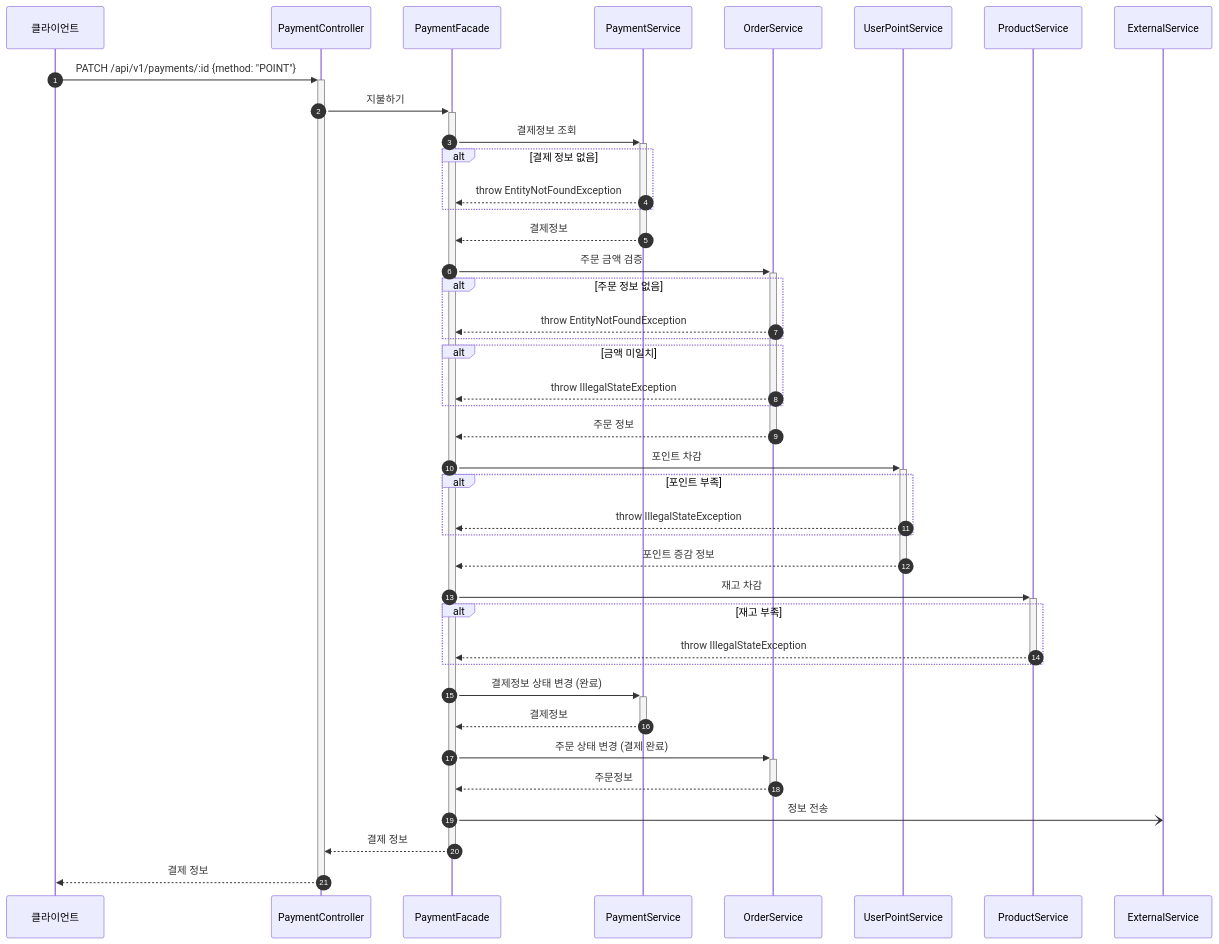
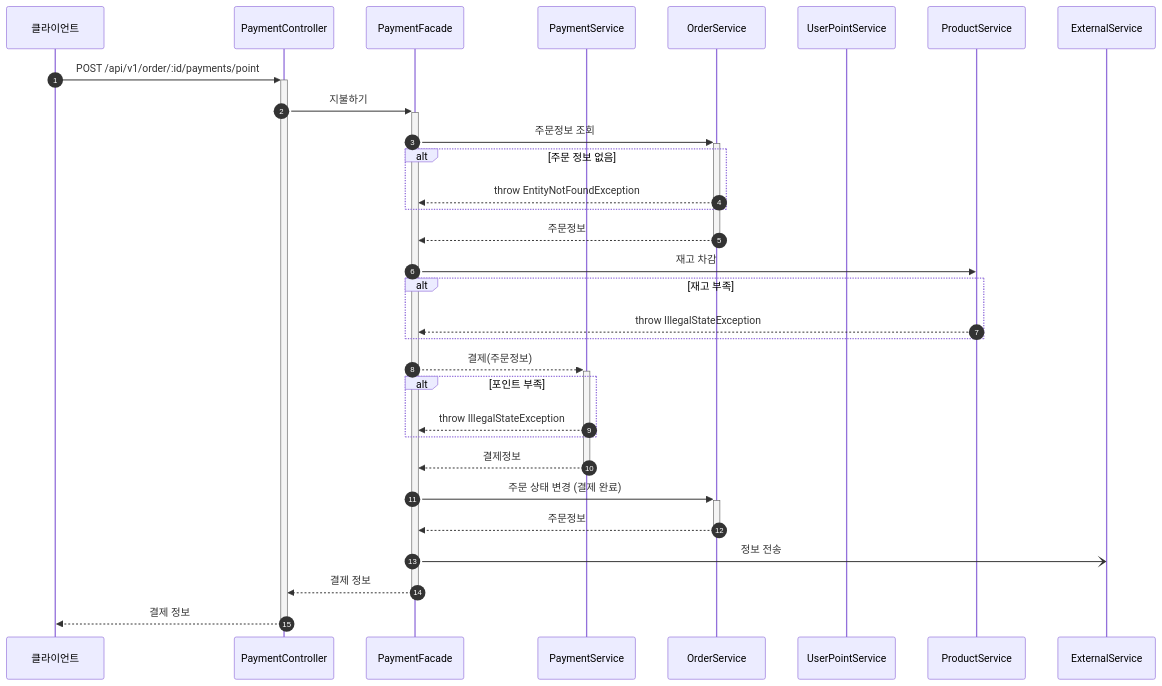
Diagram 13 of 13 in docs/02-sequence-diagrams.md (jsween5723/loopers-spring-kotlin-template), drawn with Mermaid before and after one commit.

Commit message:
docs(payment): 시퀀스 수정

````diff
--- a/docs/02-sequence-diagrams.md
+++ b/docs/02-sequence-diagrams.md
@@ -253,43 +253,35 @@
 ```mermaid
 sequenceDiagram
     autonumber
     participant C as 클라이언트
     participant PC as PaymentController
     participant PF as PaymentFacade
     participant PQS as PaymentService
     participant OCS as OrderService
     participant UPCS as UserPointService
     participant PRCS as ProductService
     participant ES as ExternalService
-    C ->>+ PC: PATCH /api/v1/payments/:id  {method: "POINT"}
+    C ->>+ PC: POST /api/v1/order/:id/payments/point
     PC ->>+ PF: 지불하기
-    PF ->>+ PQS: 결제정보 조회
-    alt 결제 정보 없음 
-        PQS -->> PF: throw EntityNotFoundException
-    end
-    PQS -->>- PF: 결제정보
-    PF ->>+ OCS: 주문 금액 검증
-    alt 주문 정보 없음 
+    
+    PF ->>+ OCS: 주문정보 조회
+    alt 주문 정보 없음
         OCS -->> PF: throw EntityNotFoundException
     end
-    alt 금액 미일치 
-        OCS -->> PF: throw IllegalStateException
+    OCS -->>- PF: 주문정보
+    PF ->> PRCS: 재고 차감
+    alt 재고 부족
+        PRCS -->> PF: throw IllegalStateException
     end
-    OCS -->>- PF: 주문 정보
-    PF ->>+ UPCS: 포인트 차감
-    alt 포인트 부족 
-        UPCS -->> PF: throw IllegalStateException
+    
+    PF -->>+ PQS: 결제(주문정보)
+    alt 포인트 부족
+        PQS -->> PF: throw IllegalStateException
     end
-    UPCS -->>- PF: 포인트 증감 정보
-    PF ->>+ PRCS: 재고 차감
-    alt 재고 부족 
-        PRCS -->>- PF: throw IllegalStateException
-    end
-    PF ->>+ PQS: 결제정보 상태 변경 (완료)
     PQS -->>- PF: 결제정보
     PF ->>+ OCS: 주문 상태 변경 (결제 완료)
     OCS -->>- PF: 주문정보
     PF -) ES: 정보 전송
     PF -->>- PC: 결제 정보
     PC -->>- C: 결제 정보
 ```
````
